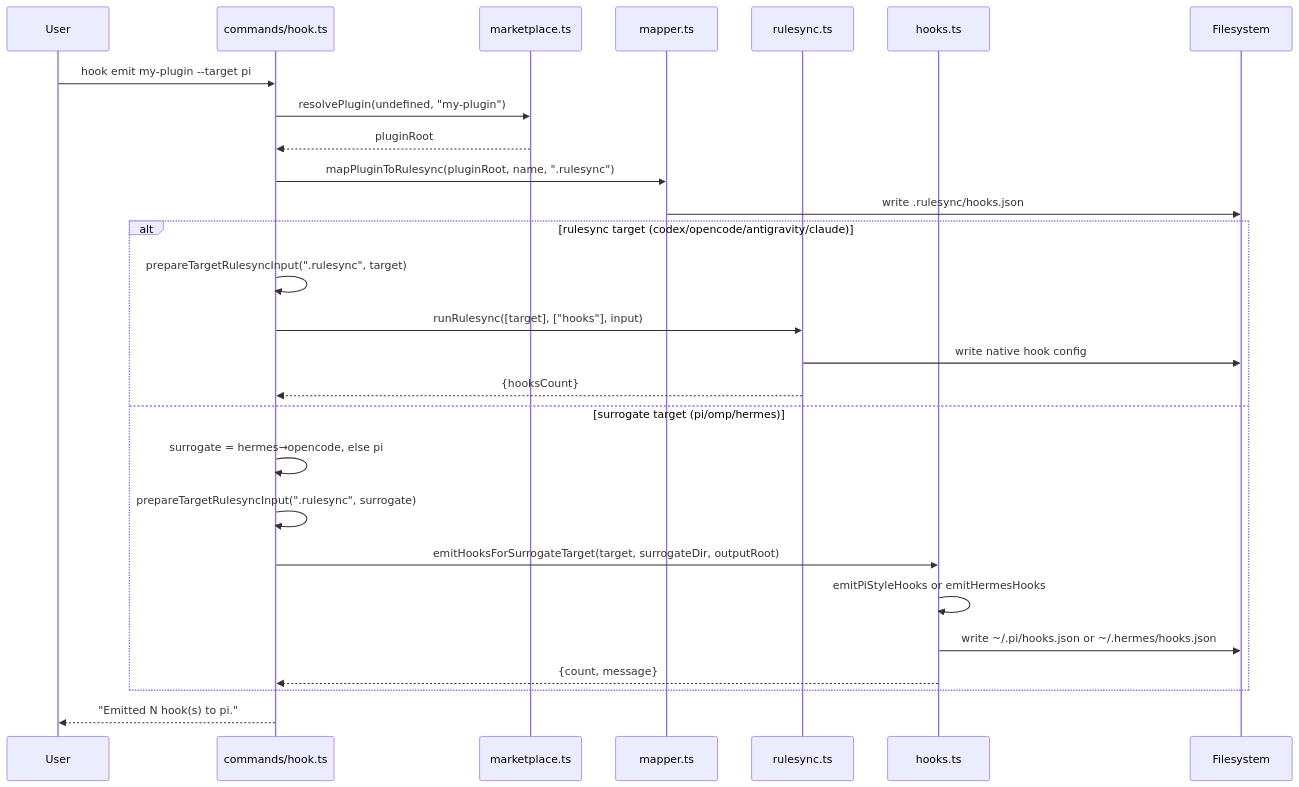
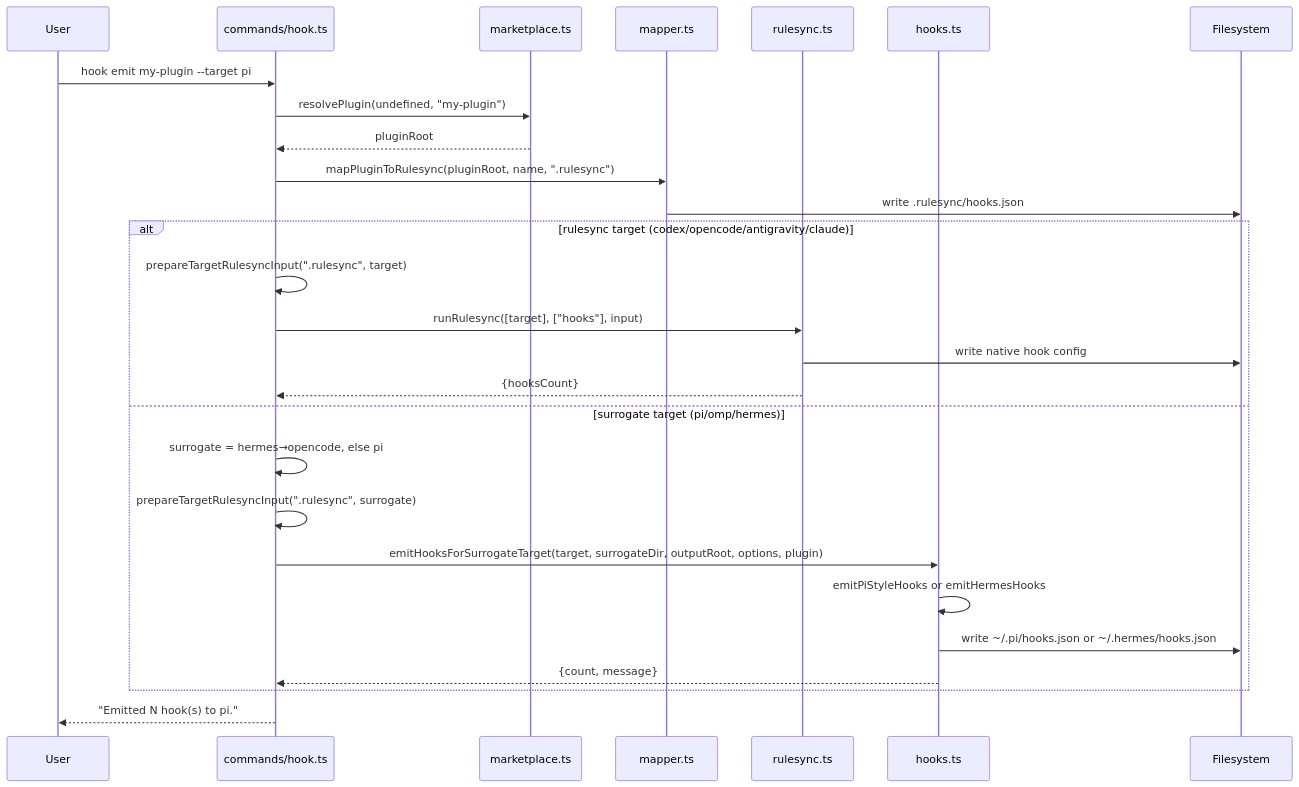
Before and after one commit to gobing-ai/superskill: the second of 2 diagrams in docs/help/cmd_hook.md, drawn with Mermaid. The commit also changed other lines of this file and 14 other files, not shown here.

````diff
--- a/docs/help/cmd_hook.md
+++ b/docs/help/cmd_hook.md
@@ -131,32 +131,32 @@
 ```mermaid
 sequenceDiagram
     participant User
     participant Cmd as commands/hook.ts
     participant MP as marketplace.ts
     participant Map as mapper.ts
     participant RS as rulesync.ts
     participant H as hooks.ts
     participant FS as Filesystem
 
     User->>Cmd: hook emit my-plugin --target pi
     Cmd->>MP: resolvePlugin(undefined, "my-plugin")
     MP-->>Cmd: pluginRoot
     Cmd->>Map: mapPluginToRulesync(pluginRoot, name, ".rulesync")
     Map->>FS: write .rulesync/hooks.json
 
     alt rulesync target (codex/opencode/antigravity/claude)
         Cmd->>Cmd: prepareTargetRulesyncInput(".rulesync", target)
         Cmd->>RS: runRulesync([target], ["hooks"], input)
         RS->>FS: write native hook config
         RS-->>Cmd: {hooksCount}
     else surrogate target (pi/omp/hermes)
         Cmd->>Cmd: surrogate = hermes→opencode, else pi
         Cmd->>Cmd: prepareTargetRulesyncInput(".rulesync", surrogate)
-        Cmd->>H: emitHooksForSurrogateTarget(target, surrogateDir, outputRoot)
+        Cmd->>H: emitHooksForSurrogateTarget(target, surrogateDir, outputRoot, options, plugin)
         H->>H: emitPiStyleHooks or emitHermesHooks
         H->>FS: write ~/.pi/hooks.json or ~/.hermes/hooks.json
         H-->>Cmd: {count, message}
     end
 
     Cmd-->>User: "Emitted N hook(s) to pi."
 ```
````
